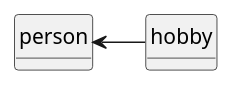
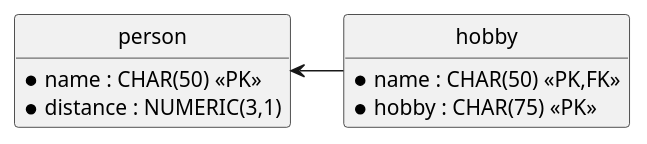
Before and after one commit to bartvanderwal/P1-Eindapplicatie: the diagram in documentatie/SDD/PDM.puml, drawn with PlantUML.

```diff
--- a/documentatie/SDD/PDM.puml
+++ b/documentatie/SDD/PDM.puml
@@ -1,18 +1,18 @@
 @startuml KlasKompas_PDM
 'configuration
 hide circle
-hide methods
+hide attributes
 
 entity person {
-    name: CHAR(50) <<PK>>
-    distance: NUMERIC(3,1)
+    *name : CHAR(50) <<PK>>
+    *distance : NUMERIC(3,1)
 }
 
 entity hobby {
-    name: CHAR(50) <<PK,FK>>
-    hobby: CHAR(75) <<PK>>
+    *name : CHAR(50) <<PK,FK>>
+    *hobby : CHAR(75) <<PK>>
 }
 
 person <- hobby
 
 @enduml
```
